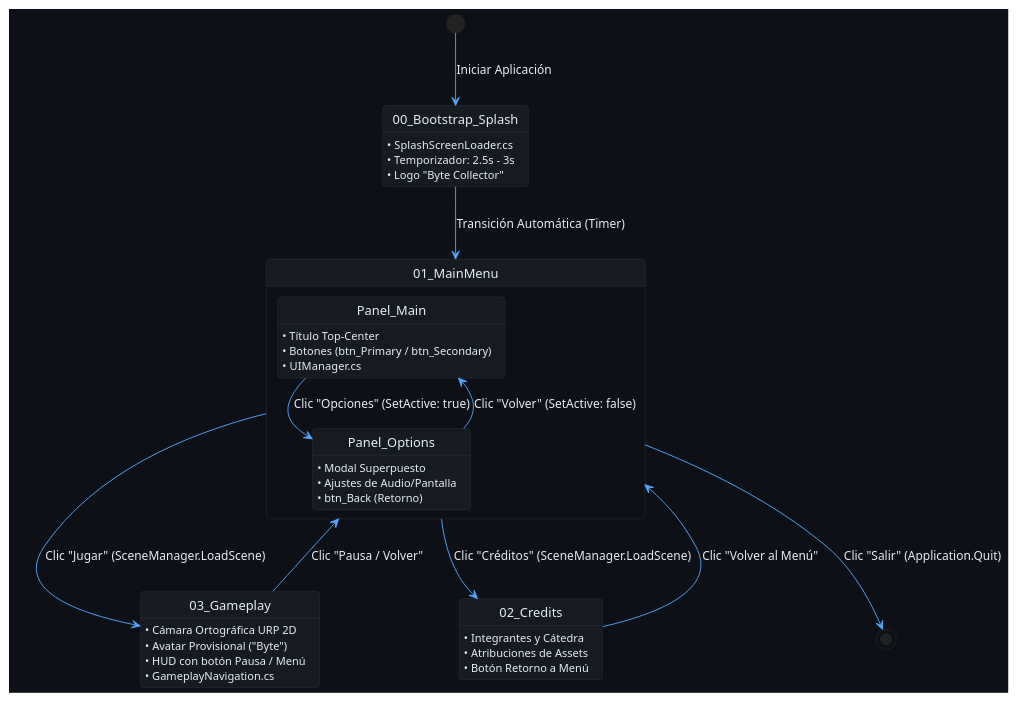
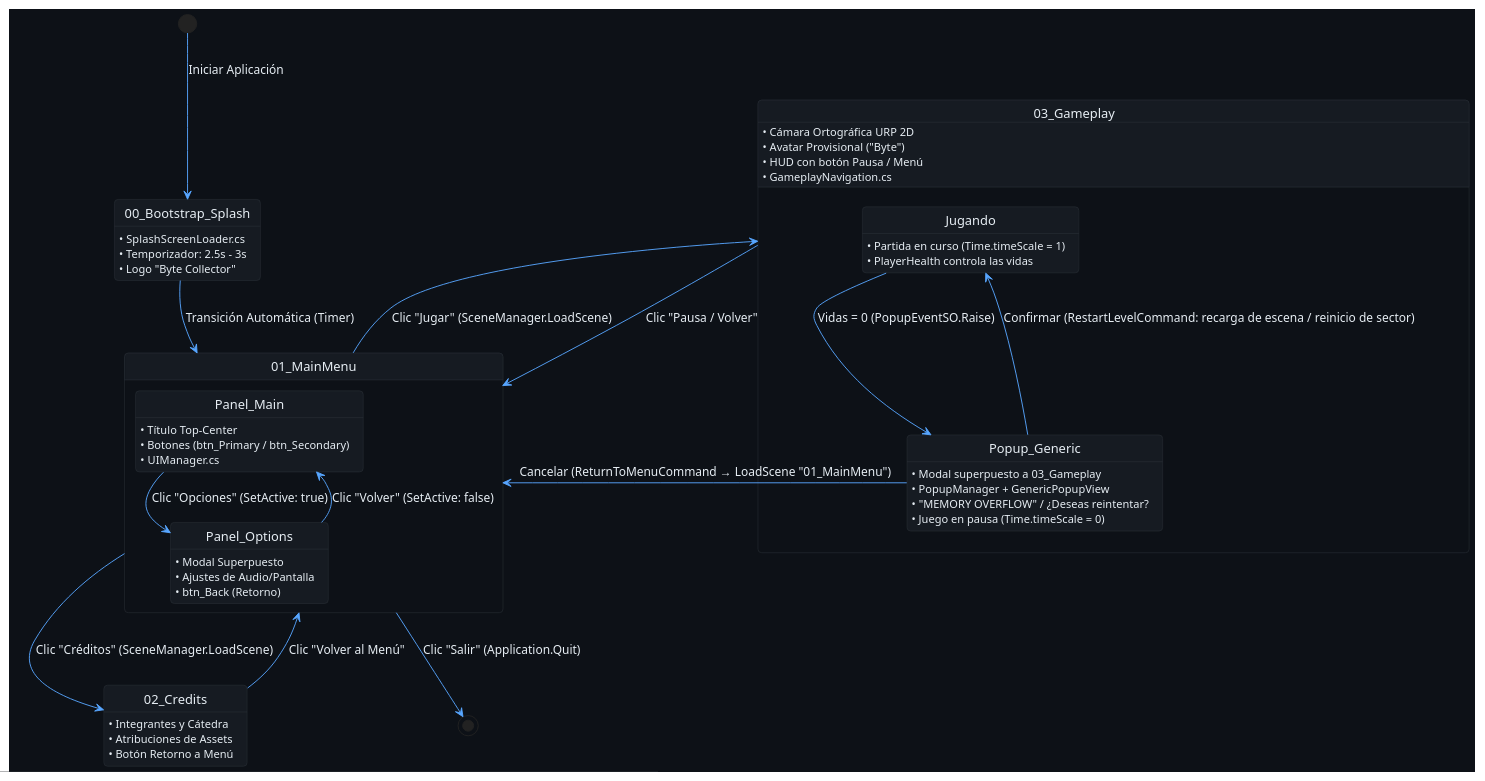
One commit to skalapuj/uces-videojuegosII-bytecollector changed the diagram in Docs/flujo_pantallas.puml. Above: the diagram before and after it, drawn with PlantUML. The commit also changed 3 other files, not shown here.

Commit message:
docs: actualizar diagramas PlantUML con servicio de popup modal

```diff
--- a/Docs/flujo_pantallas.puml
+++ b/Docs/flujo_pantallas.puml
@@ -1,61 +1,77 @@
 @startuml
 skinparam backgroundColor #0D1117
 skinparam defaultFontColor #E6EDF3
 skinparam defaultFontName "Segoe UI", sans-serif
 skinparam ArrowColor #58A6FF
 skinparam RoundCorner 8
 
 skinparam state {
     BackgroundColor #161B22
     BorderColor #30363D
     FontColor #E6EDF3
 }
 
 [*] --> 00_Bootstrap_Splash : Iniciar Aplicación
 
 state 00_Bootstrap_Splash {
     00_Bootstrap_Splash : • SplashScreenLoader.cs
     00_Bootstrap_Splash : • Temporizador: 2.5s - 3s
     00_Bootstrap_Splash : • Logo "Byte Collector"
 }
 
 00_Bootstrap_Splash --> 01_MainMenu : Transición Automática (Timer)
 
 state 01_MainMenu {
     state Panel_Main {
         Panel_Main : • Título Top-Center
         Panel_Main : • Botones (btn_Primary / btn_Secondary)
         Panel_Main : • UIManager.cs
     }
 
     state Panel_Options {
         Panel_Options : • Modal Superpuesto
         Panel_Options : • Ajustes de Audio/Pantalla
         Panel_Options : • btn_Back (Retorno)
     }
 
     Panel_Main --> Panel_Options : Clic "Opciones" (SetActive: true)
     Panel_Options --> Panel_Main : Clic "Volver" (SetActive: false)
 }
 
 01_MainMenu --> 03_Gameplay : Clic "Jugar" (SceneManager.LoadScene)
 01_MainMenu --> 02_Credits : Clic "Créditos" (SceneManager.LoadScene)
 
 state 03_Gameplay {
     03_Gameplay : • Cámara Ortográfica URP 2D
     03_Gameplay : • Avatar Provisional ("Byte")
     03_Gameplay : • HUD con botón Pausa / Menú
     03_Gameplay : • GameplayNavigation.cs
+
+    state Jugando {
+        Jugando : • Partida en curso (Time.timeScale = 1)
+        Jugando : • PlayerHealth controla las vidas
+    }
+
+    state Popup_Generic <<modal>> {
+        Popup_Generic : • Modal superpuesto a 03_Gameplay
+        Popup_Generic : • PopupManager + GenericPopupView
+        Popup_Generic : • "MEMORY OVERFLOW" / ¿Deseas reintentar?
+        Popup_Generic : • Juego en pausa (Time.timeScale = 0)
+    }
+
+    Jugando --> Popup_Generic : Vidas = 0 (PopupEventSO.Raise)
+    Popup_Generic --> Jugando : Confirmar (RestartLevelCommand: recarga de escena / reinicio de sector)
 }
 
 state 02_Credits {
     02_Credits : • Integrantes y Cátedra
     02_Credits : • Atribuciones de Assets
     02_Credits : • Botón Retorno a Menú
 }
 
 03_Gameplay --> 01_MainMenu : Clic "Pausa / Volver"
+Popup_Generic --> 01_MainMenu : Cancelar (ReturnToMenuCommand → LoadScene "01_MainMenu")
 02_Credits --> 01_MainMenu : Clic "Volver al Menú"
 01_MainMenu --> [*] : Clic "Salir" (Application.Quit)
 
 @enduml
```
